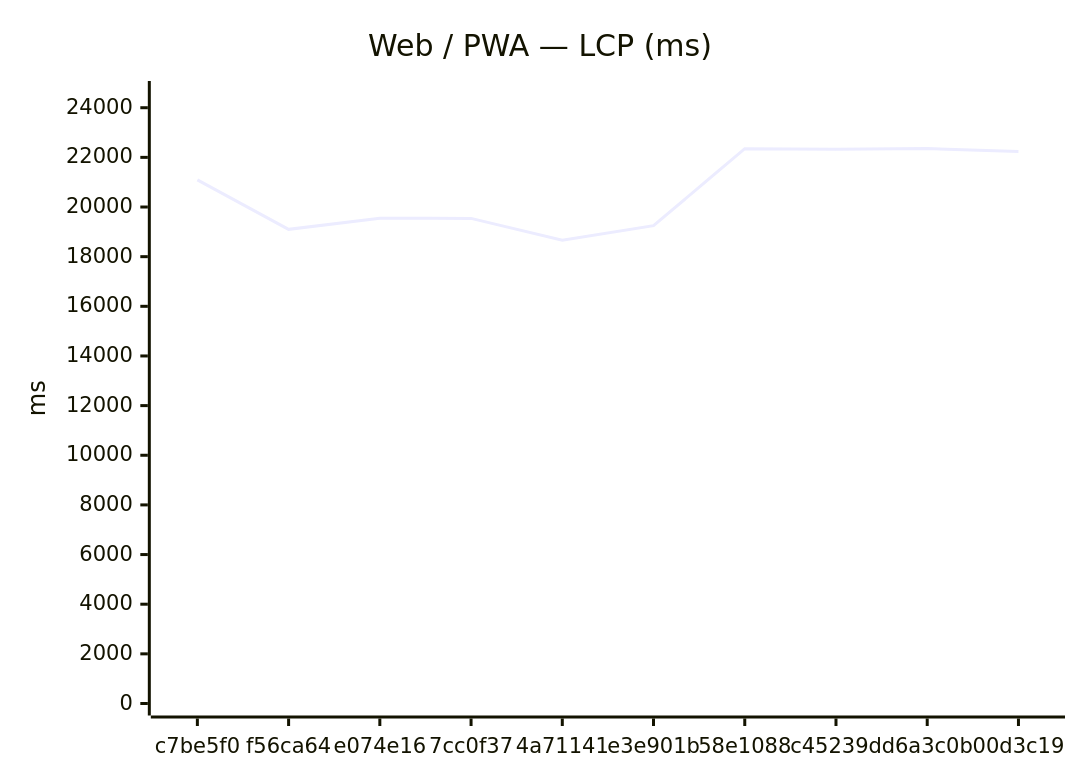
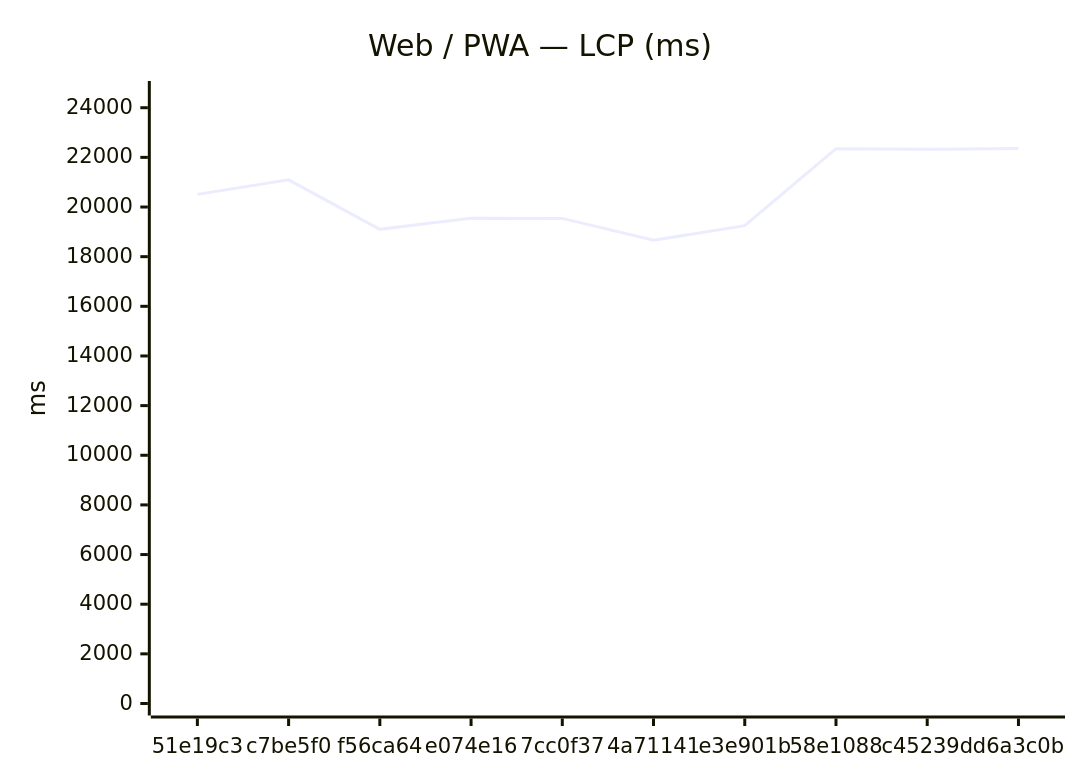
Before and after one commit to Metaheurist/Rianell: the first of 18 diagrams in benchmarks/compare.md, drawn with Mermaid. The commit also changed other lines of this file and 11 other files, not shown here.

````diff
--- a/benchmarks/compare.md
+++ b/benchmarks/compare.md
@@ -24,7 +24,7 @@
 ```mermaid
 xychart-beta
     title "Web / PWA — LCP (ms)"
-    x-axis ["c7be5f0", "f56ca64", "e074e16", "7cc0f37", "4a71141", "e3e901b", "58e1088", "c45239d", "d6a3c0b", "00d3c19"]
+    x-axis ["51e19c3", "c7be5f0", "f56ca64", "e074e16", "7cc0f37", "4a71141", "e3e901b", "58e1088", "c45239d", "d6a3c0b"]
     y-axis "ms" 0 --> 24593
-    line [21095, 19101, 19549, 19542, 18663, 19248, 22351, 22326, 22357, 22240]
+    line [20509, 21095, 19101, 19549, 19542, 18663, 19248, 22351, 22326, 22357]
 ```
````
